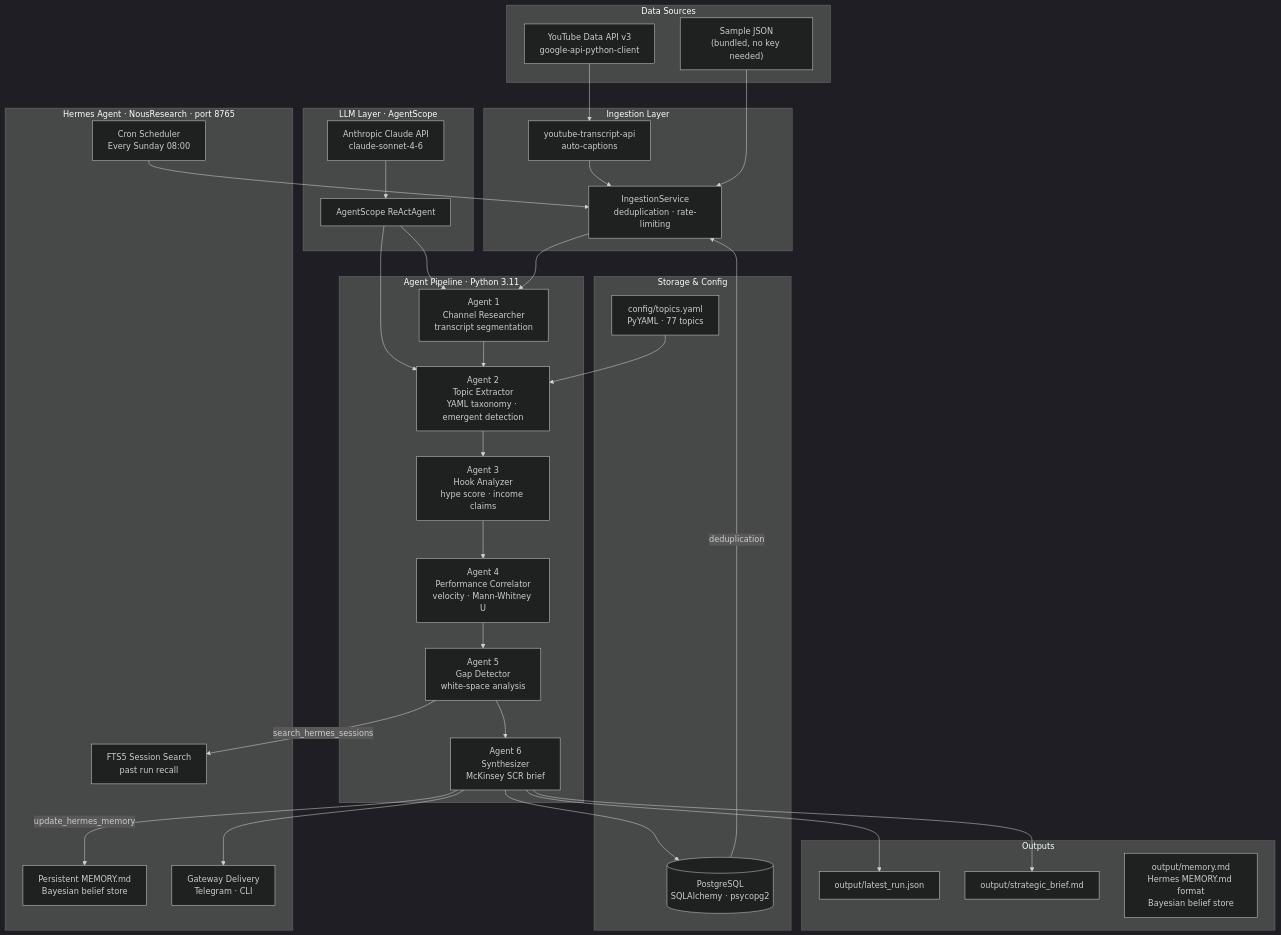
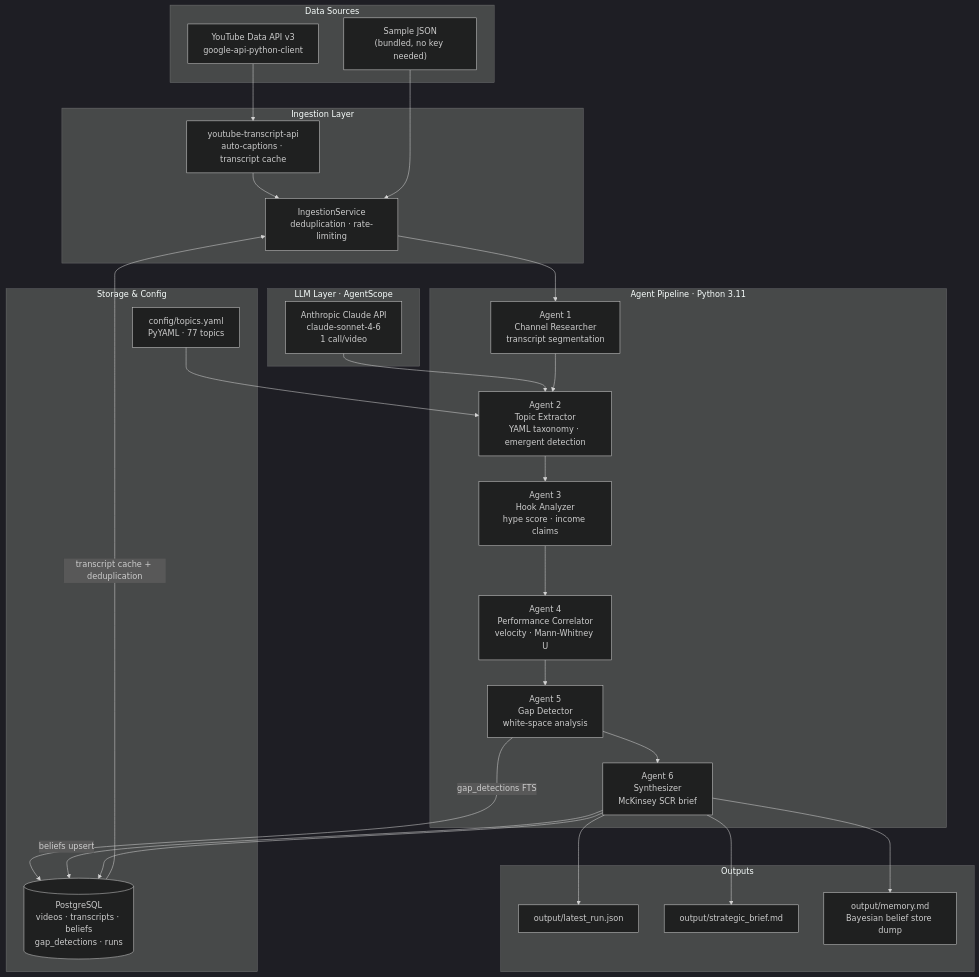
Before and after one commit to techlearnpoornima-code/ACIS: the diagram in README.md, drawn with Mermaid (dark theme). The commit also changed other lines of this file and 16 other files, not shown here.

First line of the commit message:
Replace Hermes with PostgreSQL for beliefs and gap history

````diff
--- a/README.md
+++ b/README.md
@@ -32,59 +32,49 @@
 ```mermaid
 flowchart TD
     subgraph Sources["Data Sources"]
         YT["YouTube Data API v3\ngoogle-api-python-client"]
         SAMPLE["Sample JSON\n(bundled, no key needed)"]
     end
 
     subgraph Ingestion["Ingestion Layer"]
-        YTAPI["youtube-transcript-api\nauto-captions"]
+        YTAPI["youtube-transcript-api\nauto-captions · transcript cache"]
         SVC["IngestionService\ndeduplication · rate-limiting"]
     end
 
-    subgraph Hermes["Hermes Agent  ·  NousResearch  ·  port 8765"]
-        HM["Persistent MEMORY.md\nBayesian belief store"]
-        FTS["FTS5 Session Search\npast run recall"]
-        CRON["Cron Scheduler\nEvery Sunday 08:00"]
-        GW["Gateway Delivery\nTelegram · CLI"]
-    end
-
     subgraph LLM["LLM Layer  ·  AgentScope"]
-        CLAUDE["Anthropic Claude API\nclaude-sonnet-4-6"]
-        AS["AgentScope ReActAgent"]
+        CLAUDE["Anthropic Claude API\nclaude-sonnet-4-6\n1 call/video"]
     end
 
     subgraph Pipeline["Agent Pipeline  ·  Python 3.11"]
         A1["Agent 1\nChannel Researcher\ntranscript segmentation"]
         A2["Agent 2\nTopic Extractor\nYAML taxonomy · emergent detection"]
         A3["Agent 3\nHook Analyzer\nhype score · income claims"]
         A4["Agent 4\nPerformance Correlator\nvelocity · Mann-Whitney U"]
         A5["Agent 5\nGap Detector\nwhite-space analysis"]
         A6["Agent 6\nSynthesizer\nMcKinsey SCR brief"]
     end
 
     subgraph Storage["Storage & Config"]
-        PG[("PostgreSQL\nSQLAlchemy · psycopg2")]
+        PG[("PostgreSQL\nvideos · transcripts · beliefs\ngap_detections · runs")]
         YAML["config/topics.yaml\nPyYAML · 77 topics"]
     end
 
     subgraph Output["Outputs"]
         JSON["output/latest_run.json"]
         BRIEF["output/strategic_brief.md"]
-        MEM["output/memory.md\nHermes MEMORY.md format\nBayesian belief store"]
+        MEM["output/memory.md\nBayesian belief store dump"]
     end
 
     YT --> YTAPI --> SVC
     SAMPLE --> SVC
-    CLAUDE --> AS --> A1
-    AS --> A2
+    CLAUDE --> A2
     SVC --> A1 --> A2 --> A3 --> A4 --> A5 --> A6
     YAML --> A2
-    PG -- deduplication --> SVC
-    A5 -- search_hermes_sessions --> FTS
-    A6 -- update_hermes_memory --> HM
+    PG -- transcript cache + deduplication --> SVC
+    A5 -- gap_detections FTS --> PG
+    A6 -- beliefs upsert --> PG
     A6 --> JSON
     A6 --> BRIEF
-    A6 --> GW
+    A6 --> MEM
     A6 --> PG
-    CRON --> SVC
 ```
````
